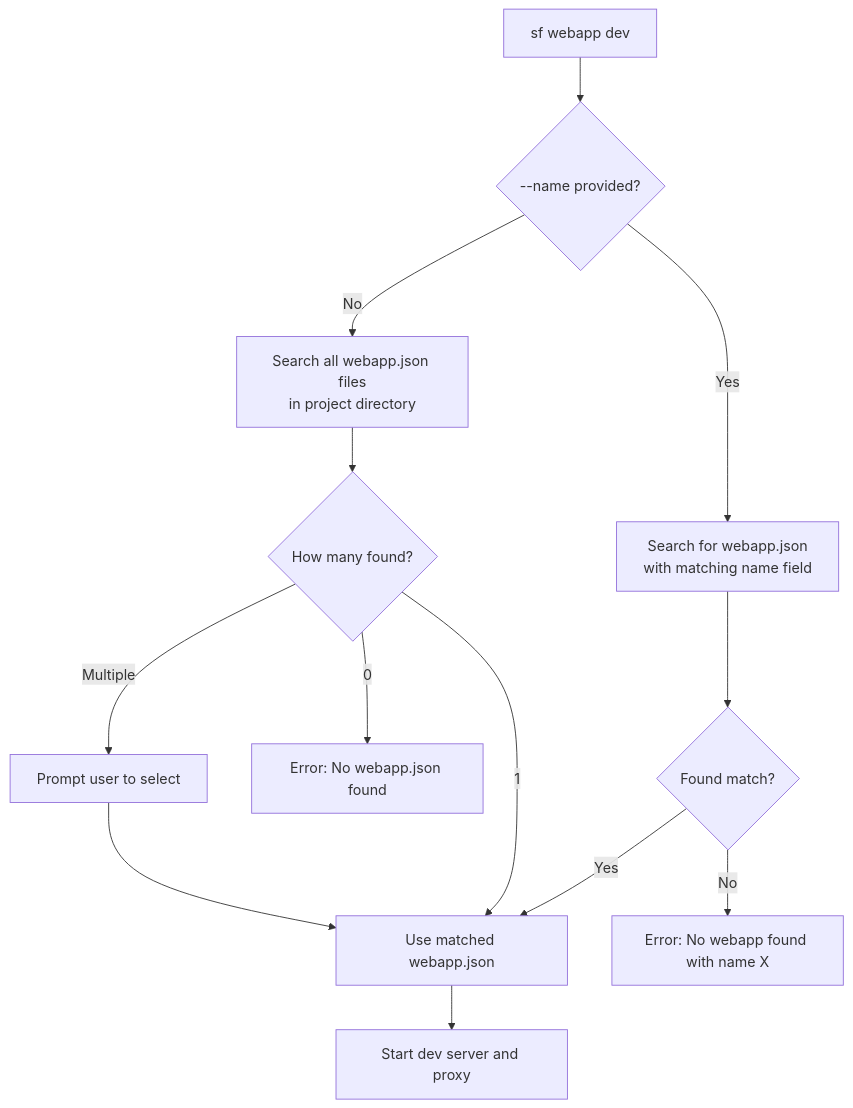
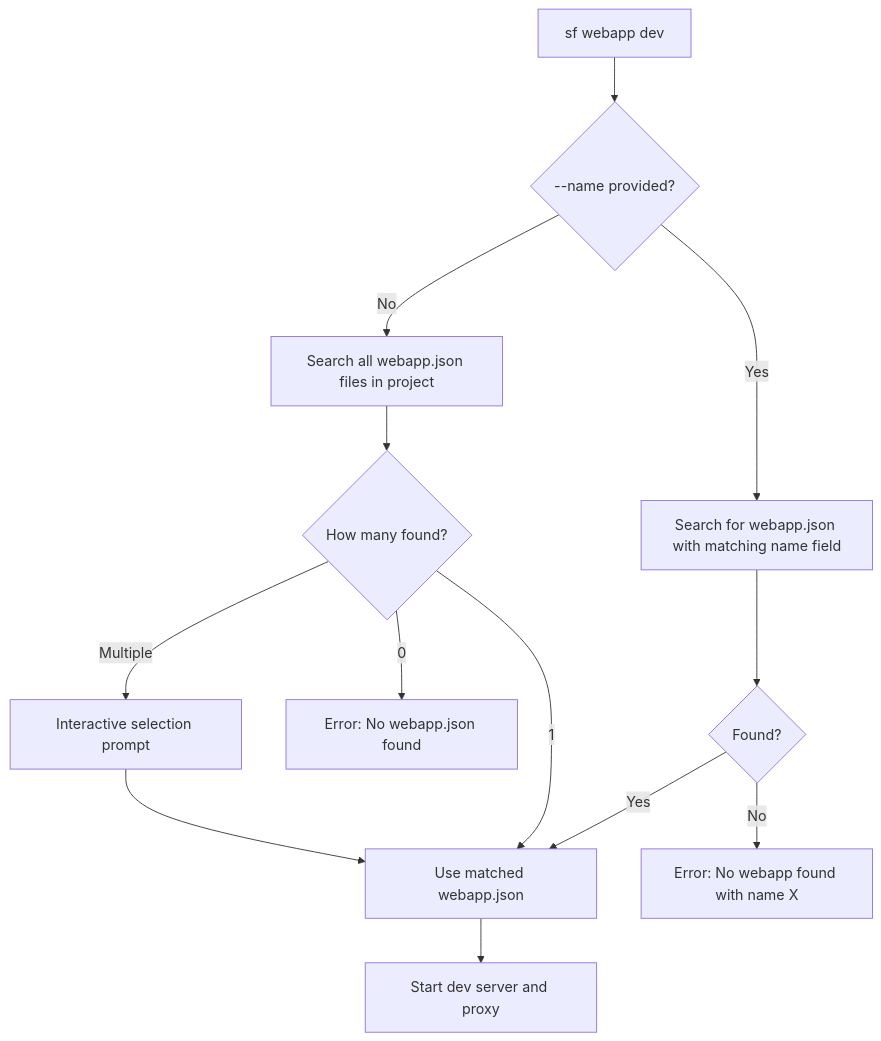
The diagram in SF_WEBAPP_DEV_GUIDE.md (salesforcecli/plugin-ui-bundle-dev), drawn with Mermaid before and after one commit. The commit also changed other lines of this file and 4 other files, not shown here.

First line of the commit message:
feat: make --name optional with interactive webapp selection

````diff
--- a/SF_WEBAPP_DEV_GUIDE.md
+++ b/SF_WEBAPP_DEV_GUIDE.md
@@ -72,18 +97,18 @@
 ```mermaid
 flowchart TD
     Start["sf webapp dev"] --> HasName{"--name provided?"}
-    HasName -->|Yes| SearchByName["Search for webapp.json<br/>with matching name field"]
-    HasName -->|No| SearchAll["Search all webapp.json files<br/>in project directory"]
+    HasName -->|Yes| SearchByName["Search for webapp.json with matching name field"]
+    HasName -->|No| SearchAll["Search all webapp.json files in project"]
 
-    SearchByName --> FoundMatch{"Found match?"}
+    SearchByName --> FoundMatch{"Found?"}
     FoundMatch -->|Yes| UseManifest["Use matched webapp.json"]
     FoundMatch -->|No| ErrorNotFound["Error: No webapp found with name X"]
 
     SearchAll --> Count{"How many found?"}
     Count -->|0| ErrorNone["Error: No webapp.json found"]
     Count -->|1| UseManifest
-    Count -->|Multiple| Prompt["Prompt user to select"]
+    Count -->|Multiple| Prompt["Interactive selection prompt"]
     Prompt --> UseManifest
 
     UseManifest --> StartDev["Start dev server and proxy"]
 ```
````
